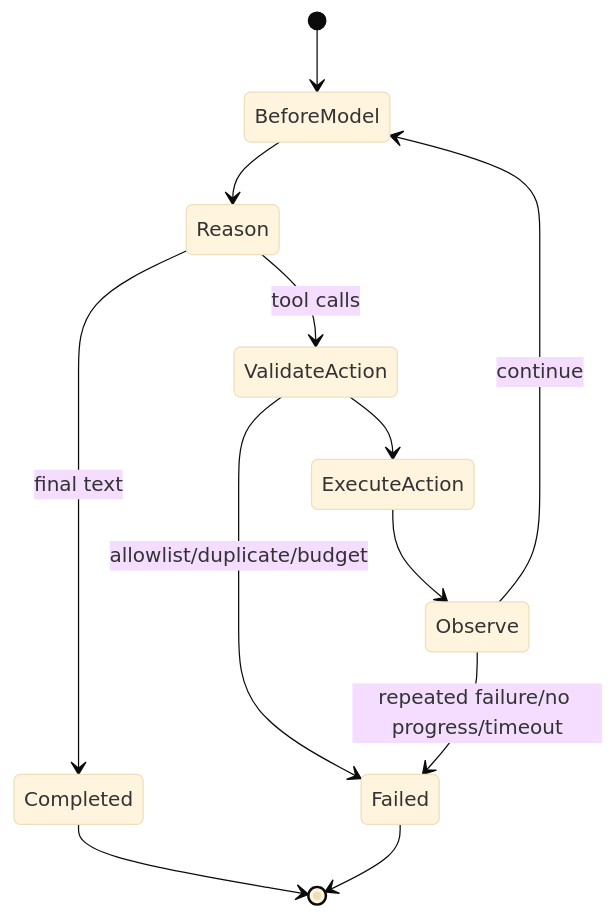
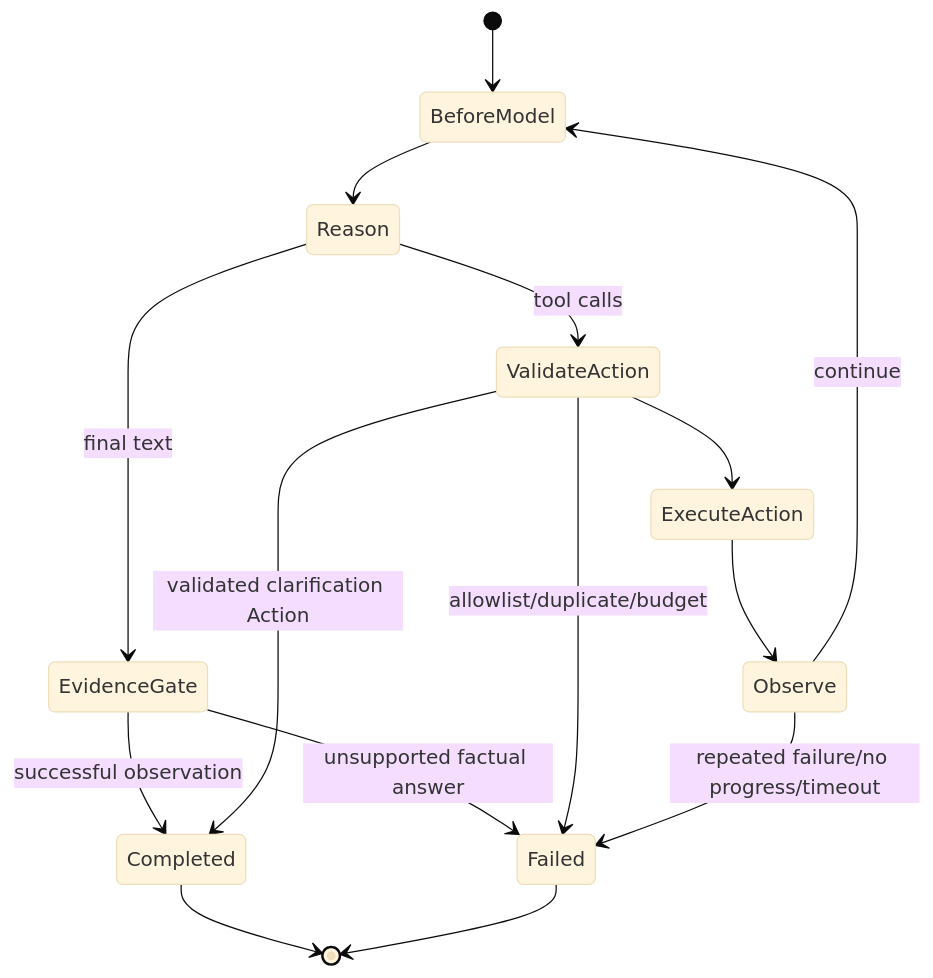
One commit to KawhiWei/nino-agent changed the second of 2 diagrams in doc/loop-engineering-design.md. Above: the diagram before and after it, drawn with Mermaid (base theme). The commit also changed other lines of this file and 38 other files, not shown here.

````diff
--- a/doc/loop-engineering-design.md
+++ b/doc/loop-engineering-design.md
@@ -48,14 +51,17 @@
 ```mermaid
 stateDiagram-v2
     [*] --> BeforeModel
     BeforeModel --> Reason
-    Reason --> Completed: final text
+    Reason --> EvidenceGate: final text
+    EvidenceGate --> Completed: successful observation
+    ValidateAction --> Completed: validated clarification Action
+    EvidenceGate --> Failed: unsupported factual answer
     Reason --> ValidateAction: tool calls
     ValidateAction --> Failed: allowlist/duplicate/budget
     ValidateAction --> ExecuteAction
     ExecuteAction --> Observe
     Observe --> Failed: repeated failure/no progress/timeout
     Observe --> BeforeModel: continue
     Completed --> [*]
     Failed --> [*]
 ```
````
